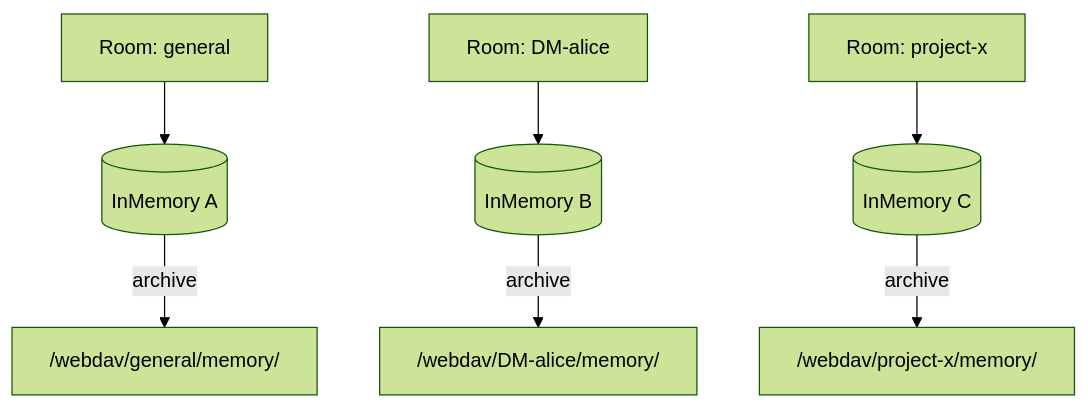
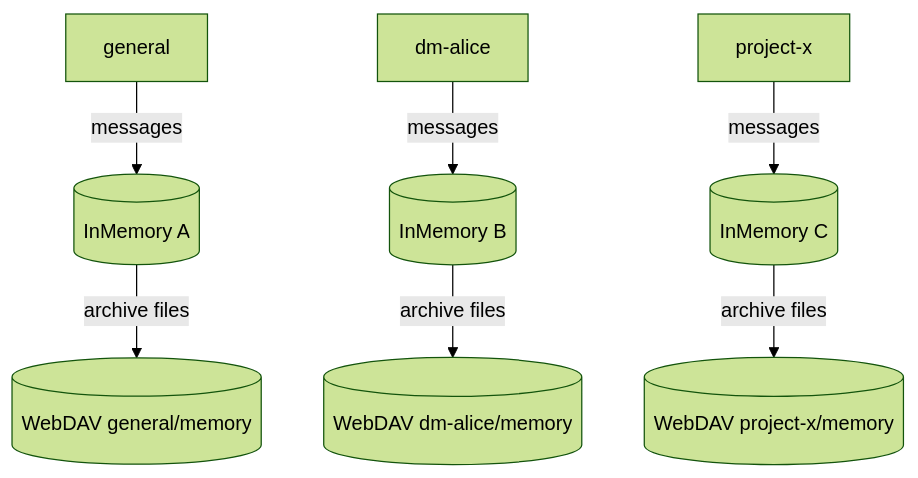
One commit to cosmoswafer/rockbot changed the third of 3 diagrams in _dfds/memory.md. Above: the diagram before and after it, drawn with Mermaid (forest theme). The commit also changed other lines of this file and 7 other files, not shown here.

````diff
--- a/_dfds/memory.md
+++ b/_dfds/memory.md
@@ -81,19 +78,19 @@
 ```mermaid
 flowchart TD
-    ROOM_A[Room: general]
-    ROOM_B[Room: DM-alice]
-    ROOM_C[Room: project-x]
+    ROOM_A[general]
+    ROOM_B[dm-alice]
+    ROOM_C[project-x]
     MEM_A[(InMemory A)]
     MEM_B[(InMemory B)]
     MEM_C[(InMemory C)]
-    DAV_A["/webdav/general/memory/"]
-    DAV_B["/webdav/DM-alice/memory/"]
-    DAV_C["/webdav/project-x/memory/"]
+    DAV_A[(WebDAV general/memory)]
+    DAV_B[(WebDAV dm-alice/memory)]
+    DAV_C[(WebDAV project-x/memory)]
 
-    ROOM_A --> MEM_A
-    ROOM_B --> MEM_B
-    ROOM_C --> MEM_C
-    MEM_A -->|"archive"| DAV_A
-    MEM_B -->|"archive"| DAV_B
-    MEM_C -->|"archive"| DAV_C
+    ROOM_A -->|"messages"| MEM_A
+    ROOM_B -->|"messages"| MEM_B
+    ROOM_C -->|"messages"| MEM_C
+    MEM_A -->|"archive files"| DAV_A
+    MEM_B -->|"archive files"| DAV_B
+    MEM_C -->|"archive files"| DAV_C
 ```
````
